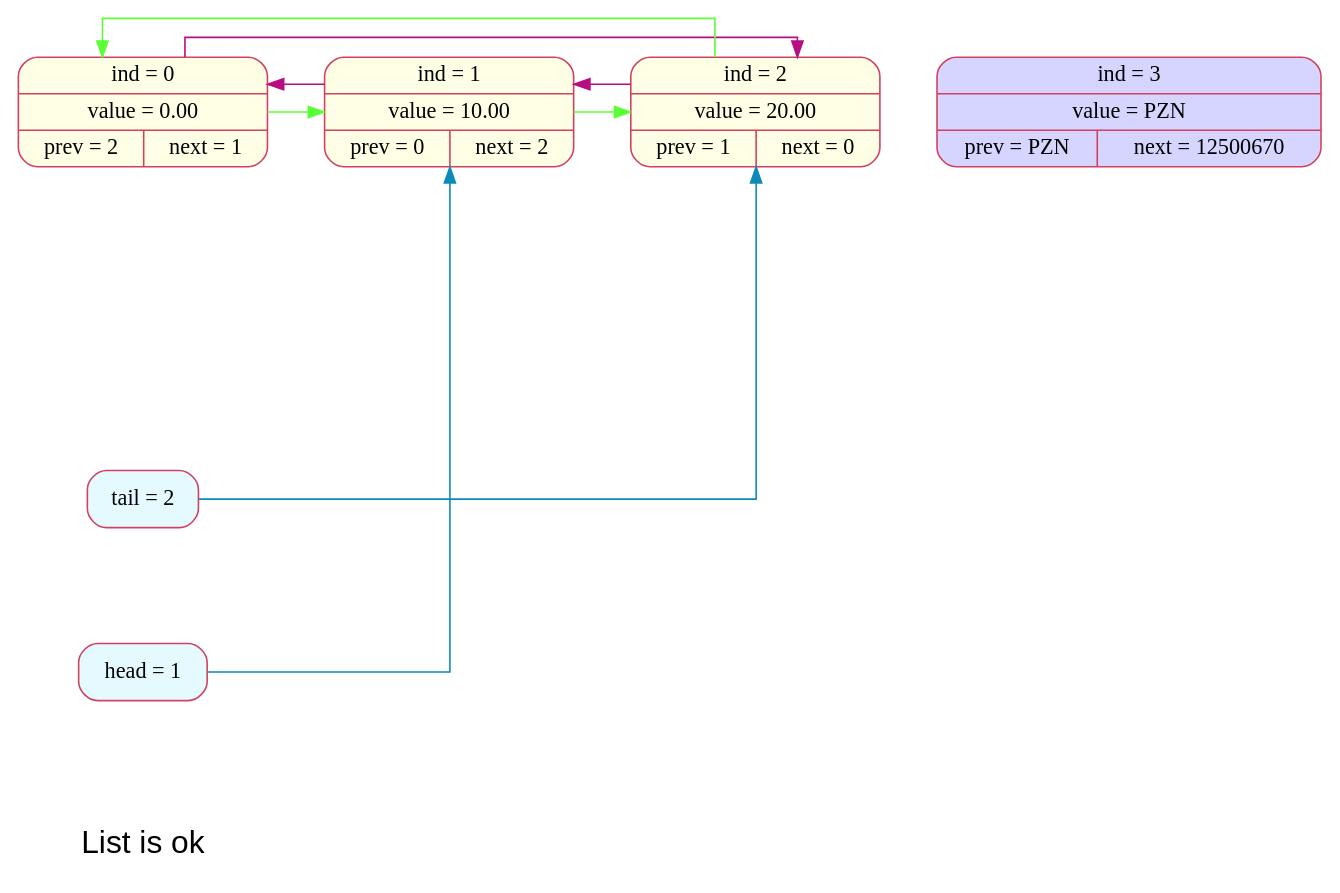
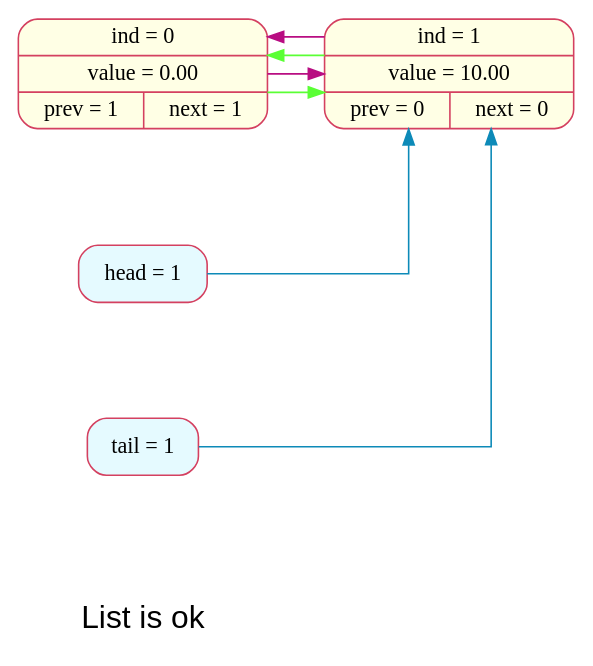
One commit to Pshonechka/List changed the diagram in graph_2.dot. Above: the diagram before and after it, drawn with Graphviz. The commit also changed 21 other files, not shown here.

```diff
--- a/graph_2.dot
+++ b/graph_2.dot
@@ -1,28 +1,22 @@
 digraph G {
 	header [shape=plaintext, label = "List is ok", fontsize = 20, fontname = Arial, fontcolor="#000000ff"];
 	graph [splines=ortho];
 	nodesep=1.0;
 	rankdir=LR;
-	node_0 [rank=1; shape=Mrecord; style=filled; fillcolor="#ffffe5ff"; color = "#d44060ff"; label=" ind = 0 | value = 0.00 |{prev = 2 | next = 1}"];
-	node_1 [rank=1; shape=Mrecord; style=filled; fillcolor="#ffffe5ff"; color = "#d44060ff"; label=" ind = 1 | value = 10.00 |{prev = 0 | next = 2}"];
-	node_2 [rank=1; shape=Mrecord; style=filled; fillcolor="#ffffe5ff"; color = "#d44060ff"; label=" ind = 2 | value = 20.00 |{prev = 1 | next = 0}"];
-	node_3 [rank=1; shape=Mrecord; style=filled; fillcolor="#d6d5ffff"; color = "#d44060ff"; label=" ind = 3 | value = PZN |{prev = PZN | next = 12500670}"];
+	node_0 [rank=1; shape=Mrecord; style=filled; fillcolor="#ffffe5ff"; color = "#d44060ff"; label=" ind = 0 | value = 0.00 |{prev = 1 | next = 1}"];
+	node_1 [rank=1; shape=Mrecord; style=filled; fillcolor="#ffffe5ff"; color = "#d44060ff"; label=" ind = 1 | value = 10.00 |{prev = 0 | next = 0}"];
 	edge [color="#FFFFFF", fontcolor="#000000"];
 	node_0 -> node_1 [weight=1000, style="invis"];
-	node_1 -> node_2 [weight=1000, style="invis"];
-	node_2 -> node_3 [weight=1000, style="invis"];
 	edge [color="#5aff35ff", fontcolor="#000000", constraint=false];
 	node_0 -> node_1;
-	node_1 -> node_2;
-	node_2 -> node_0;
+	node_1 -> node_0;
 	edge [color="#7009acff", fontcolor="#000000", constraint=false];
 	edge [color="#b80d82ff", fontcolor="#000000", constraint=false];
-	node_0 -> node_2;
+	node_0 -> node_1;
 	node_1 -> node_0;
-	node_2 -> node_1;
 	head [rank=1; shape=Mrecord; style=filled; fillcolor="#e5faffff";color = "#d44060ff"; label="head = 1"];
-	tail [rank=1; shape=Mrecord; style=filled; fillcolor="#e5faffff";color = "#d44060ff"; label="tail = 2"];
+	tail [rank=1; shape=Mrecord; style=filled; fillcolor="#e5faffff";color = "#d44060ff"; label="tail = 1"];
 	edge [color="#0d8ab8ff", fontcolor="#000000", constraint=false];
 	head -> node_1;
-	tail -> node_2;
+	tail -> node_1;
 }
```
